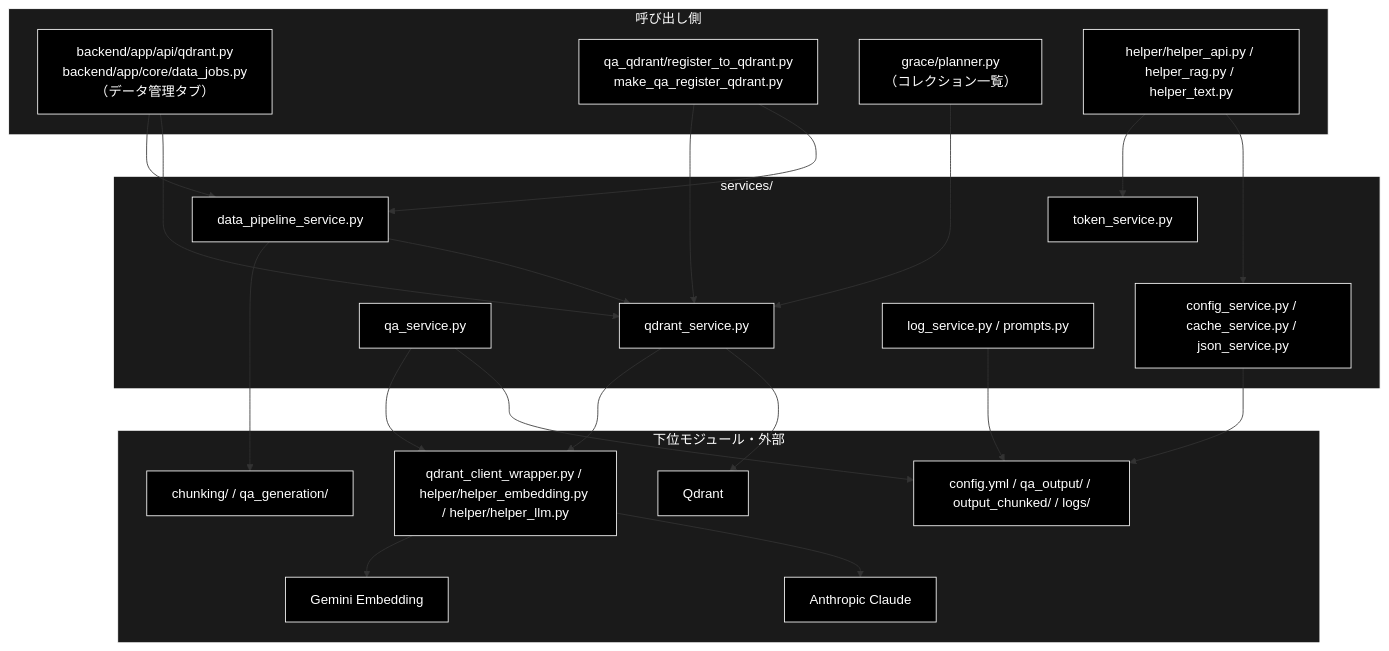
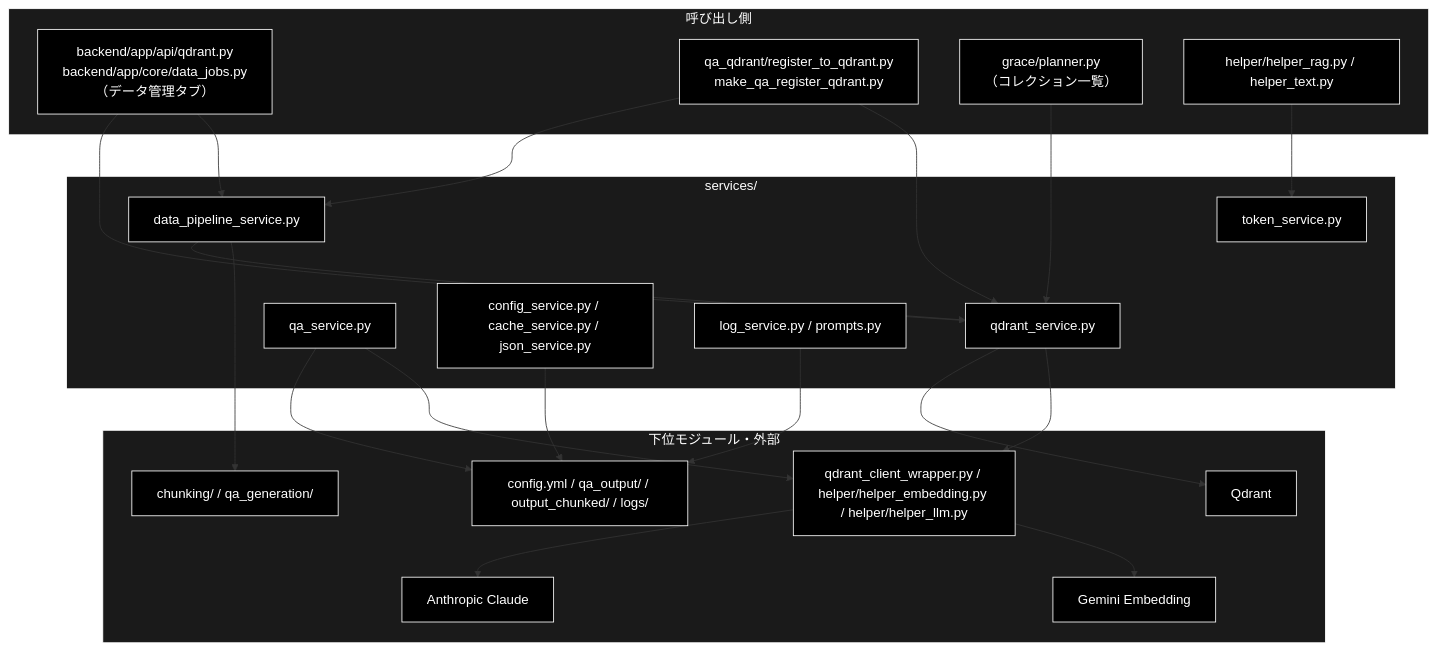
One commit to nakashima2toshio/grace_v2 changed the diagram in services/docs/README_services.md. Above: the diagram before and after it, drawn with Mermaid. The commit also changed other lines of this file and 17 other files, not shown here.

First line of the commit message:
docs(helper): helper/docs を新設し、未使用の helper_api.py / helper_rag_ui.py を削除する

````diff
--- a/services/docs/README_services.md
+++ b/services/docs/README_services.md
@@ -63,48 +63,47 @@
 ```mermaid
 flowchart TB
     subgraph CALLER["呼び出し側"]
         API["backend/app/api/qdrant.py<br>backend/app/core/data_jobs.py<br>（データ管理タブ）"]
         CLI["qa_qdrant/register_to_qdrant.py<br>make_qa_register_qdrant.py"]
         GR["grace/planner.py<br>（コレクション一覧）"]
-        HLP["helper/helper_api.py / helper_rag.py / helper_text.py"]
+        HLP["helper/helper_rag.py / helper_text.py"]
     end
     subgraph SVC["services/"]
         DPS["data_pipeline_service.py"]
         QDS["qdrant_service.py"]
         QAS["qa_service.py"]
         TOK["token_service.py"]
         CFG["config_service.py / cache_service.py / json_service.py"]
         LOG["log_service.py / prompts.py"]
     end
     subgraph LOWER["下位モジュール・外部"]
         CHK["chunking/ / qa_generation/"]
         WRP["qdrant_client_wrapper.py / helper/helper_embedding.py / helper/helper_llm.py"]
         QD["Qdrant"]
         GEM["Gemini Embedding"]
         ANT["Anthropic Claude"]
         FS["config.yml / qa_output/ / output_chunked/ / logs/"]
     end
     API --> DPS
     API --> QDS
     CLI --> QDS
     CLI --> DPS
     GR --> QDS
     HLP --> TOK
-    HLP --> CFG
     DPS --> CHK
     DPS --> QDS
     QDS --> WRP
     QDS --> QD
     WRP --> GEM
     QAS --> WRP
     WRP --> ANT
     CFG --> FS
     QAS --> FS
     LOG --> FS
 classDef default fill:#000,stroke:#fff,color:#fff
 classDef subgraphStyle fill:#1a1a1a,stroke:#fff,color:#fff
 class API,CLI,GR,HLP,DPS,QDS,QAS,TOK,CFG,LOG,CHK,WRP,QD,GEM,ANT,FS default
 style CALLER fill:#1a1a1a,stroke:#fff,color:#fff
 style SVC fill:#1a1a1a,stroke:#fff,color:#fff
 style LOWER fill:#1a1a1a,stroke:#fff,color:#fff
 ```
````
